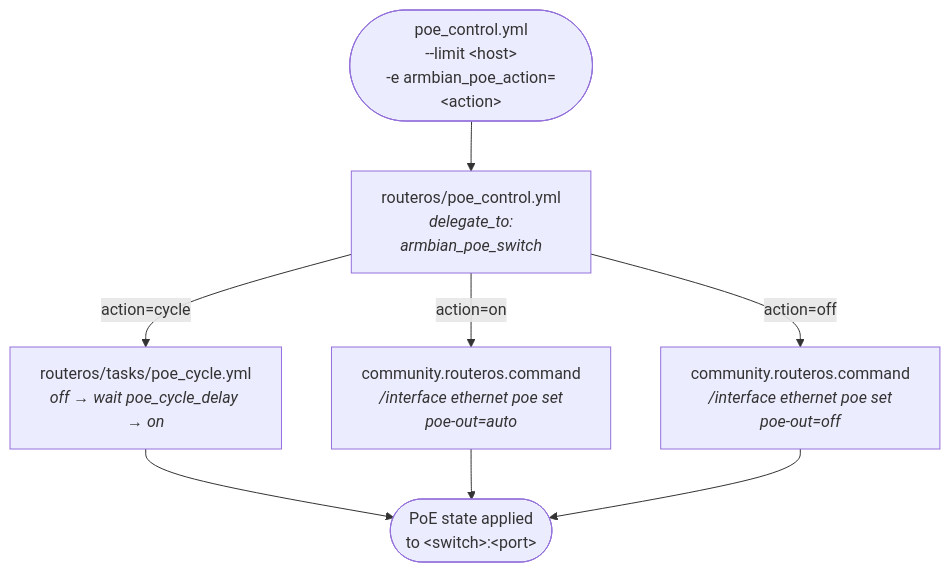
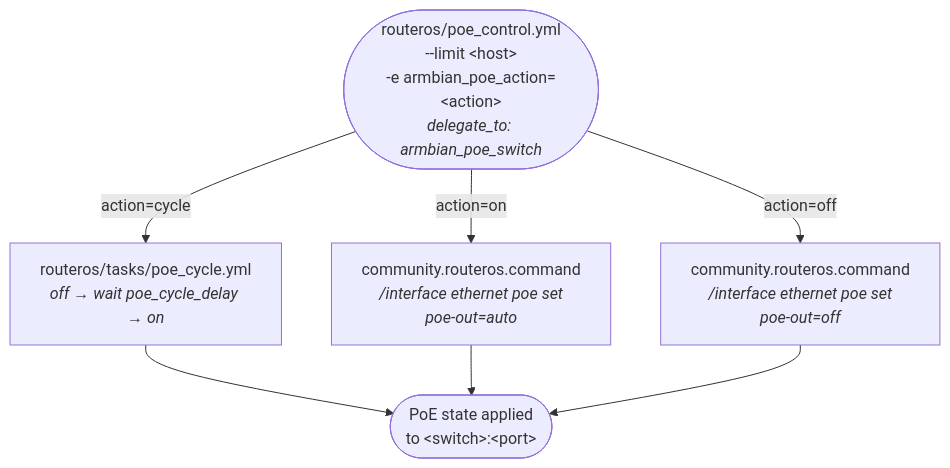
The third of 4 diagrams in docs/daily-operations.md (david-igou/ansible-collection-armbian), drawn with Mermaid before and after one commit. The commit also changed other lines of this file and 34 other files, not shown here.

````diff
--- a/docs/daily-operations.md
+++ b/docs/daily-operations.md
@@ -75,17 +75,15 @@
 ```mermaid
 flowchart TB
-    START(["poe_control.yml<br/>--limit &lt;host&gt;<br/>-e armbian_poe_action=&lt;action&gt;"])
-    HOOK["routeros/poe_control.yml<br/><i>delegate_to:<br/>armbian_poe_switch</i>"]
+    START(["routeros/poe_control.yml<br/>--limit &lt;host&gt;<br/>-e armbian_poe_action=&lt;action&gt;<br/><i>delegate_to: armbian_poe_switch</i>"])
     CYCLE["routeros/tasks/poe_cycle.yml<br/><i>off → wait poe_cycle_delay → on</i>"]
     SETON["community.routeros.command<br/><i>/interface ethernet poe set<br/>poe-out=auto</i>"]
     SETOFF["community.routeros.command<br/><i>/interface ethernet poe set<br/>poe-out=off</i>"]
     END(["PoE state applied<br/>to &lt;switch&gt;:&lt;port&gt;"])
 
-    START --> HOOK
-    HOOK -- "action=cycle" --> CYCLE
-    HOOK -- "action=on" --> SETON
-    HOOK -- "action=off" --> SETOFF
+    START -- "action=cycle" --> CYCLE
+    START -- "action=on" --> SETON
+    START -- "action=off" --> SETOFF
     CYCLE --> END
     SETON --> END
     SETOFF --> END
 ```
````
